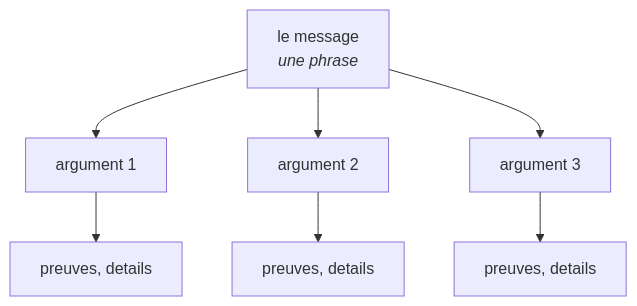
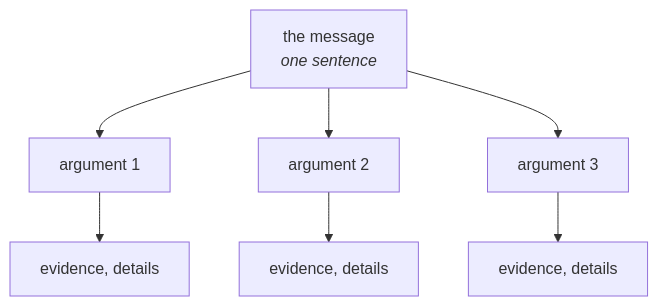
The diagram in skills/se-faire-comprendre/SKILL.md (MasterLaplace/LplCraftSkills), drawn with Mermaid before and after one commit. The commit also changed 16 other files, not shown here.

First line of the commit message:
docs: Mermaid diagram text moves to English, the prose stays French

````diff
--- a/skills/se-faire-comprendre/SKILL.md
+++ b/skills/se-faire-comprendre/SKILL.md
@@ -127,9 +127,9 @@
 ```mermaid
 flowchart TD
-  M["le message<br/><i>une phrase</i>"] --> A1["argument 1"]
+  M["the message<br/><i>one sentence</i>"] --> A1["argument 1"]
   M --> A2["argument 2"]
   M --> A3["argument 3"]
-  A1 --> D1["preuves, details"]
-  A2 --> D2["preuves, details"]
-  A3 --> D3["preuves, details"]
+  A1 --> D1["evidence, details"]
+  A2 --> D2["evidence, details"]
+  A3 --> D3["evidence, details"]
 ```
````
